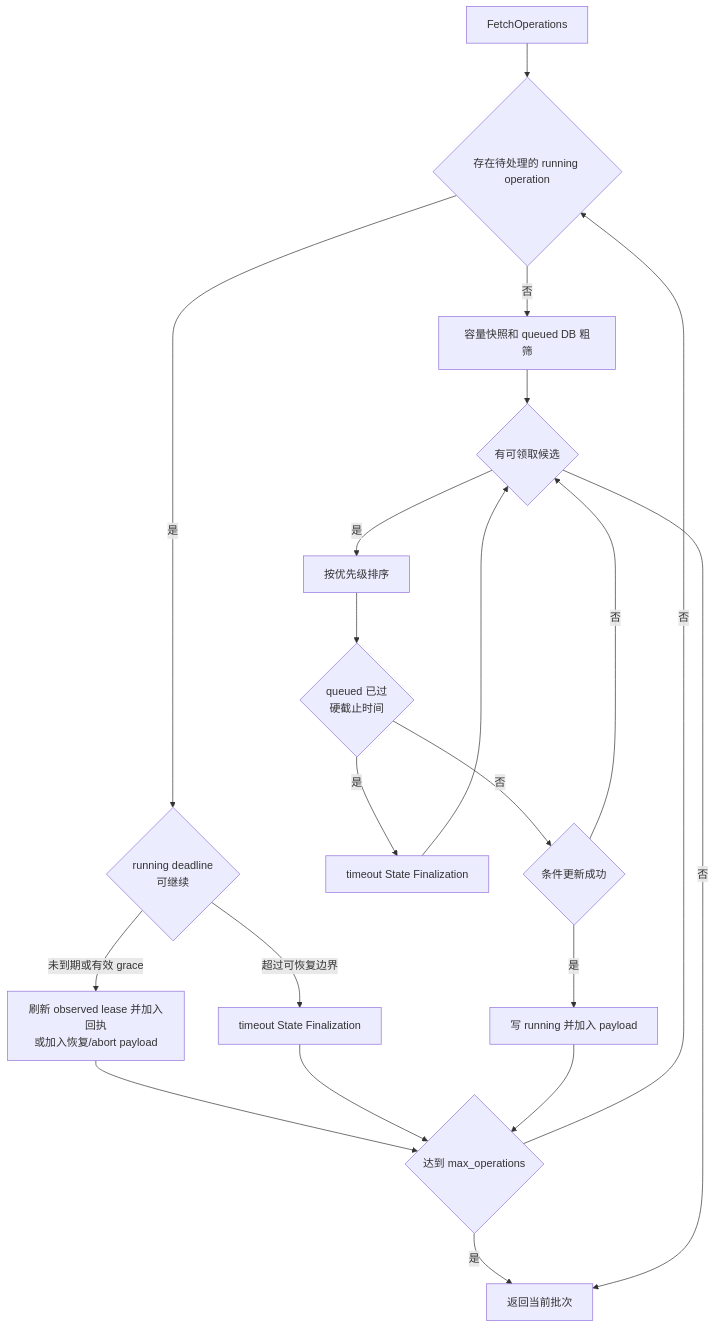
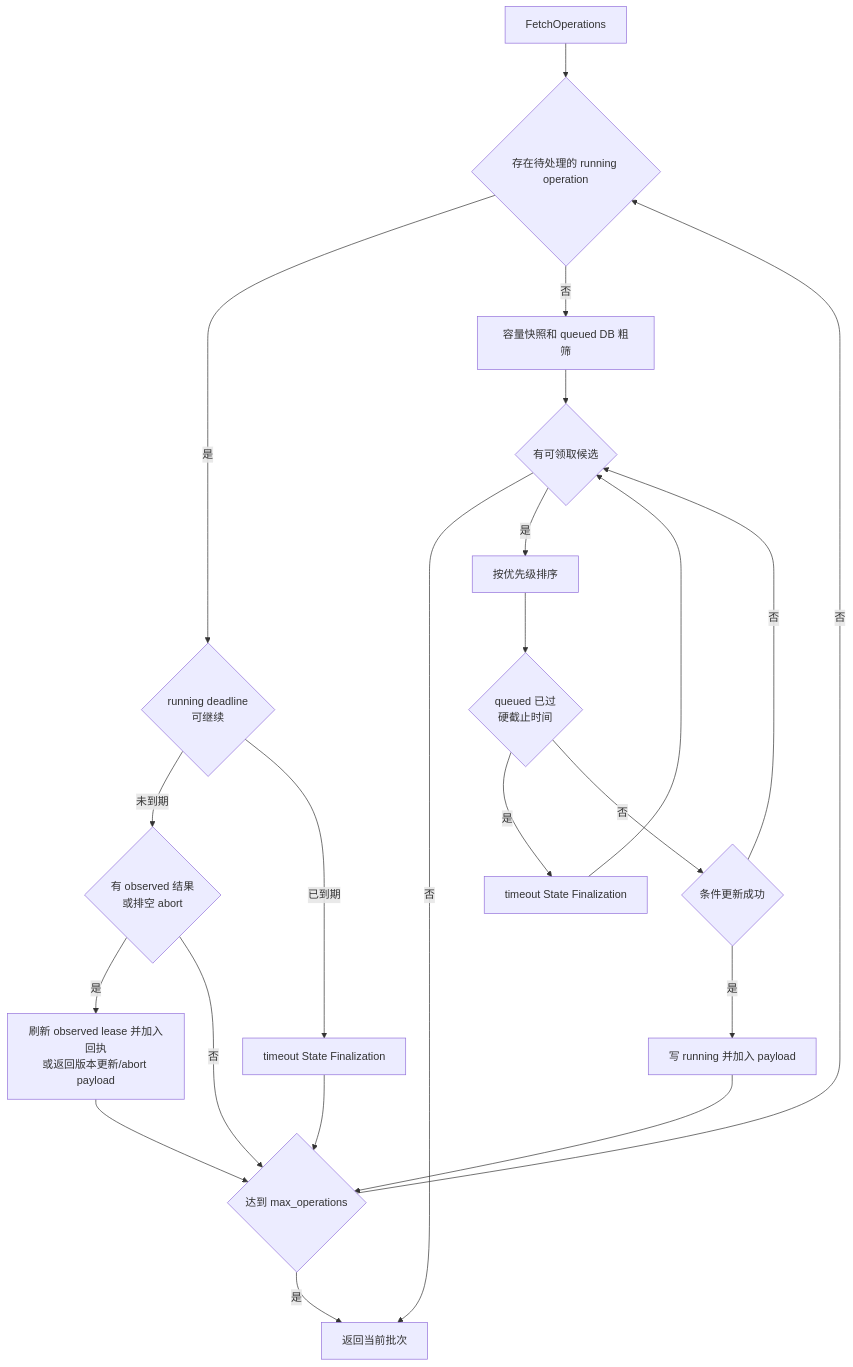
One commit to ExplodingDragon/gitea-dev changed the third of 4 diagrams in src/state-machine.md. Above: the diagram before and after it, drawn with Mermaid. The commit also changed other lines of this file and 10 other files, not shown here.

````diff
--- a/src/state-machine.md
+++ b/src/state-machine.md
@@ -297,37 +312,40 @@
 ```mermaid
 flowchart TD
     fetch["FetchOperations"]
     recover{"存在待处理的 running operation"}
     runningDeadline{"running deadline<br/>可继续"}
-    resend["刷新 observed lease 并加入回执<br/>或加入恢复/abort payload"]
+    runningAction{"有 observed 结果<br/>或排空 abort"}
+    resend["刷新 observed lease 并加入回执<br/>或返回版本更新/abort payload"]
     runningTimeout["timeout State Finalization"]
     limit{"达到 max_operations"}
     prepare["容量快照和 queued DB 粗筛"]
     filter{"有可领取候选"}
     sort["按优先级排序"]
     queuedDeadline{"queued 已过<br/>硬截止时间"}
     queuedTimeout["timeout State Finalization"]
     claim{"条件更新成功"}
     payload["写 running 并加入 payload"]
     done["返回当前批次"]
 
     fetch --> recover
     recover -- 是 --> runningDeadline
-    runningDeadline -- 未到期或有效 grace --> resend
-    runningDeadline -- 超过可恢复边界 --> runningTimeout
+    runningDeadline -- 未到期 --> runningAction
+    runningDeadline -- 已到期 --> runningTimeout
+    runningAction -- 是 --> resend
+    runningAction -- 否 --> limit
     resend --> limit
     runningTimeout --> limit
     recover -- 否 --> prepare
     limit -- 是 --> done
     limit -- 否 --> recover
     prepare --> filter
     filter -- 否 --> done
     filter -- 是 --> sort
     sort --> queuedDeadline
     queuedDeadline -- 是 --> queuedTimeout
     queuedTimeout --> filter
     queuedDeadline -- 否 --> claim
     claim -- 否 --> filter
     claim -- 是 --> payload
     payload --> limit
 ```
````
